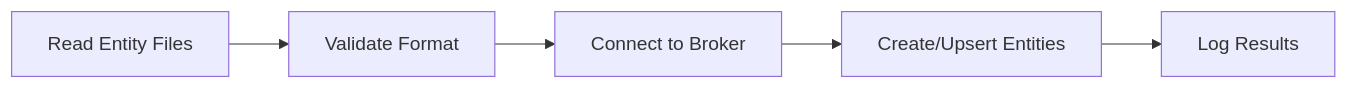
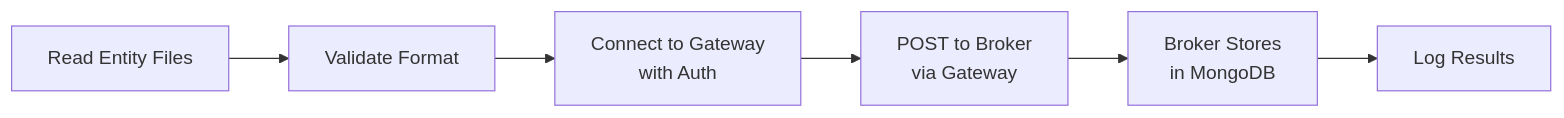
One commit to CTU-SematX/LegoCity changed the first of 2 diagrams in docs/development/seed-data.md. Above: the diagram before and after it, drawn with Mermaid. The commit also changed other lines of this file and 152 other files, not shown here.

First line of the commit message:
docs: Fix broken links and update architecture diagrams

````diff
--- a/docs/development/seed-data.md
+++ b/docs/development/seed-data.md
@@ -207,7 +207,8 @@
 ```mermaid
 graph LR
     A[Read Entity Files] --> B[Validate Format]
-    B --> C[Connect to Broker]
-    C --> D[Create/Upsert Entities]
-    D --> E[Log Results]
+    B --> C[Connect to Gateway<br/>with Auth]
+    C --> D[POST to Broker<br/>via Gateway]
+    D --> E[Broker Stores<br/>in MongoDB]
+    E --> F[Log Results]
 ```
````
